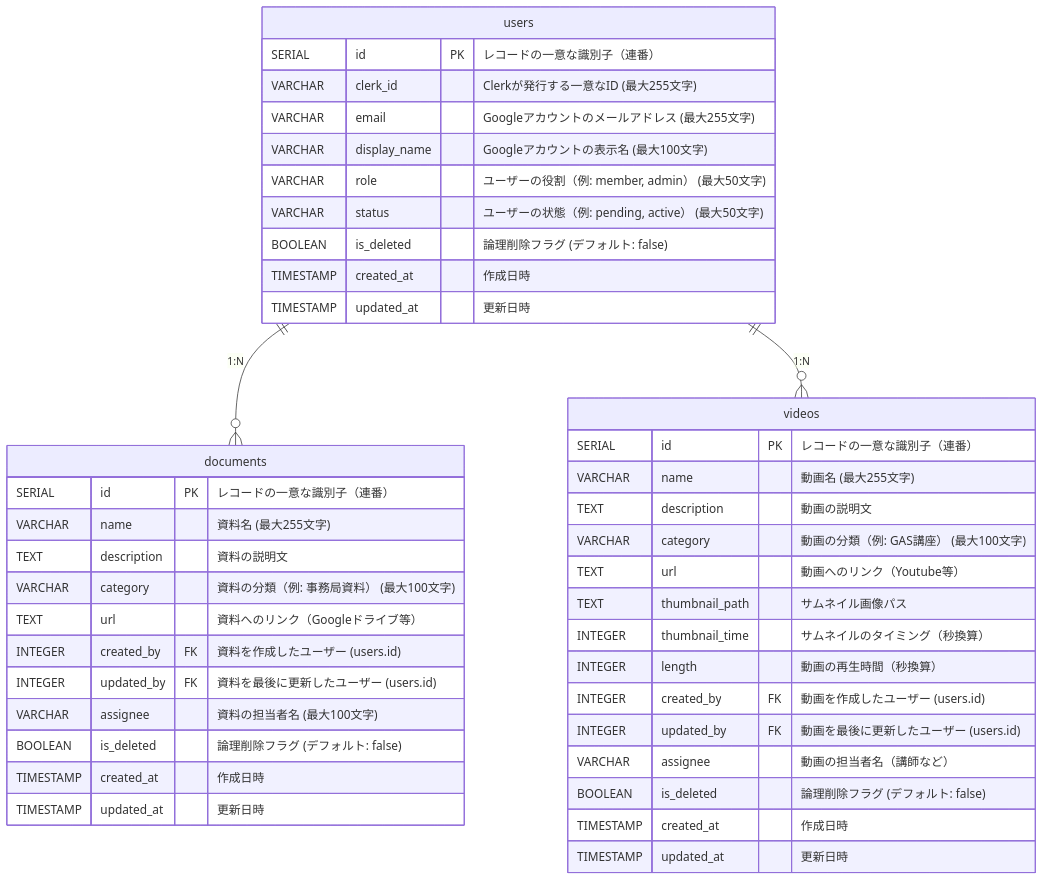
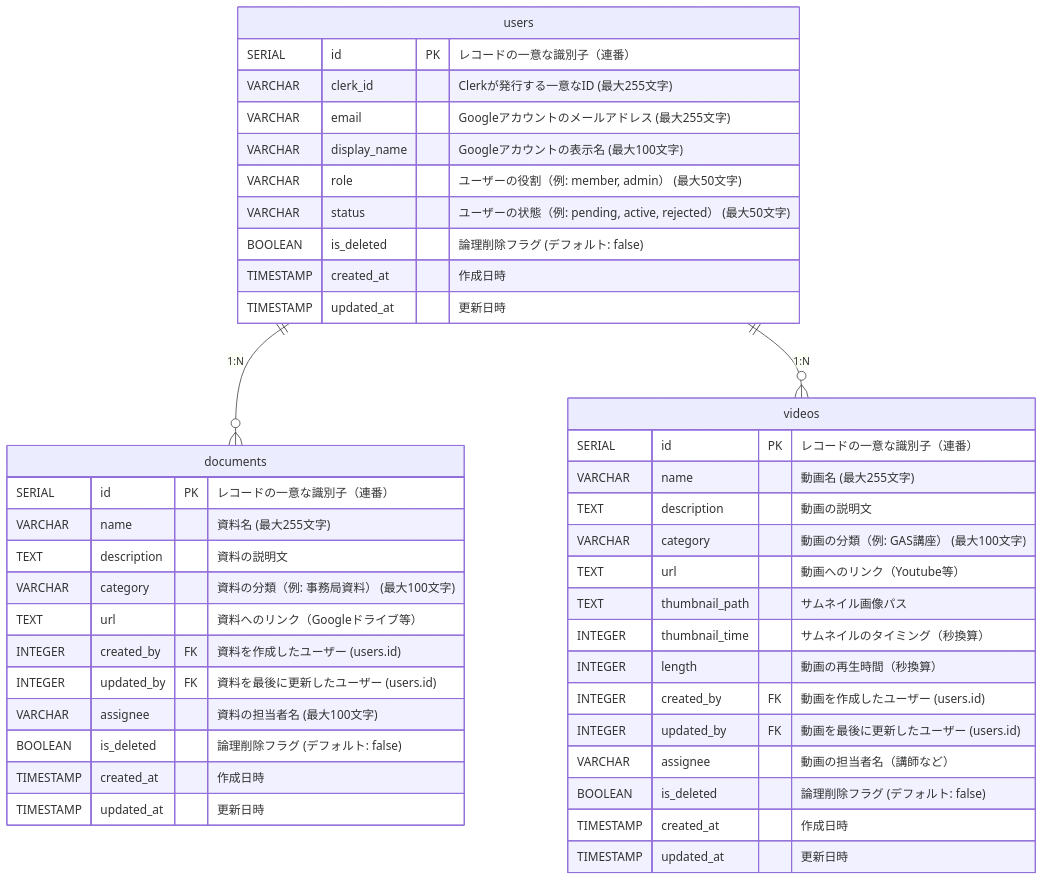
Before and after one commit to Singuralitylabs/portal-site: the diagram in docs/database.md, drawn with Mermaid. The commit also changed other lines of this file and 7 other files, not shown here.

````diff
--- a/docs/database.md
+++ b/docs/database.md
@@ -76,48 +76,48 @@
 ```mermaid
 erDiagram
     users {
         SERIAL id PK "レコードの一意な識別子（連番）"
         VARCHAR clerk_id "Clerkが発行する一意なID (最大255文字)"
         VARCHAR email "Googleアカウントのメールアドレス (最大255文字)"
         VARCHAR display_name "Googleアカウントの表示名 (最大100文字)"
         VARCHAR role "ユーザーの役割（例: member, admin） (最大50文字)"
-        VARCHAR status "ユーザーの状態（例: pending, active） (最大50文字)"
+        VARCHAR status "ユーザーの状態（例: pending, active, rejected） (最大50文字)"
         BOOLEAN is_deleted "論理削除フラグ (デフォルト: false)"
         TIMESTAMP created_at "作成日時"
         TIMESTAMP updated_at "更新日時"
     }
 
     documents {
         SERIAL id PK "レコードの一意な識別子（連番）"
         VARCHAR name "資料名 (最大255文字)"
         TEXT description "資料の説明文"
         VARCHAR category "資料の分類（例: 事務局資料） (最大100文字)"
         TEXT url "資料へのリンク（Googleドライブ等）"
         INTEGER created_by FK "資料を作成したユーザー (users.id)"
         INTEGER updated_by FK "資料を最後に更新したユーザー (users.id)"
         VARCHAR assignee "資料の担当者名 (最大100文字)"
         BOOLEAN is_deleted "論理削除フラグ (デフォルト: false)"
         TIMESTAMP created_at "作成日時"
         TIMESTAMP updated_at "更新日時"
     }
 
     videos {
         SERIAL id PK "レコードの一意な識別子（連番）"
         VARCHAR name "動画名 (最大255文字)"
         TEXT description "動画の説明文"
         VARCHAR category "動画の分類（例: GAS講座） (最大100文字)"
         TEXT url "動画へのリンク（Youtube等）"
         TEXT thumbnail_path "サムネイル画像パス"
         INTEGER thumbnail_time "サムネイルのタイミング（秒換算）"
         INTEGER length "動画の再生時間（秒換算）"
         INTEGER created_by FK "動画を作成したユーザー (users.id)"
         INTEGER updated_by FK "動画を最後に更新したユーザー (users.id)"
         VARCHAR assignee "動画の担当者名（講師など）"
         BOOLEAN is_deleted "論理削除フラグ (デフォルト: false)"
         TIMESTAMP created_at "作成日時"
         TIMESTAMP updated_at "更新日時"
     }
 
     users ||--o{ documents : "1:N"
     users ||--o{ videos : "1:N"
 ```
````
